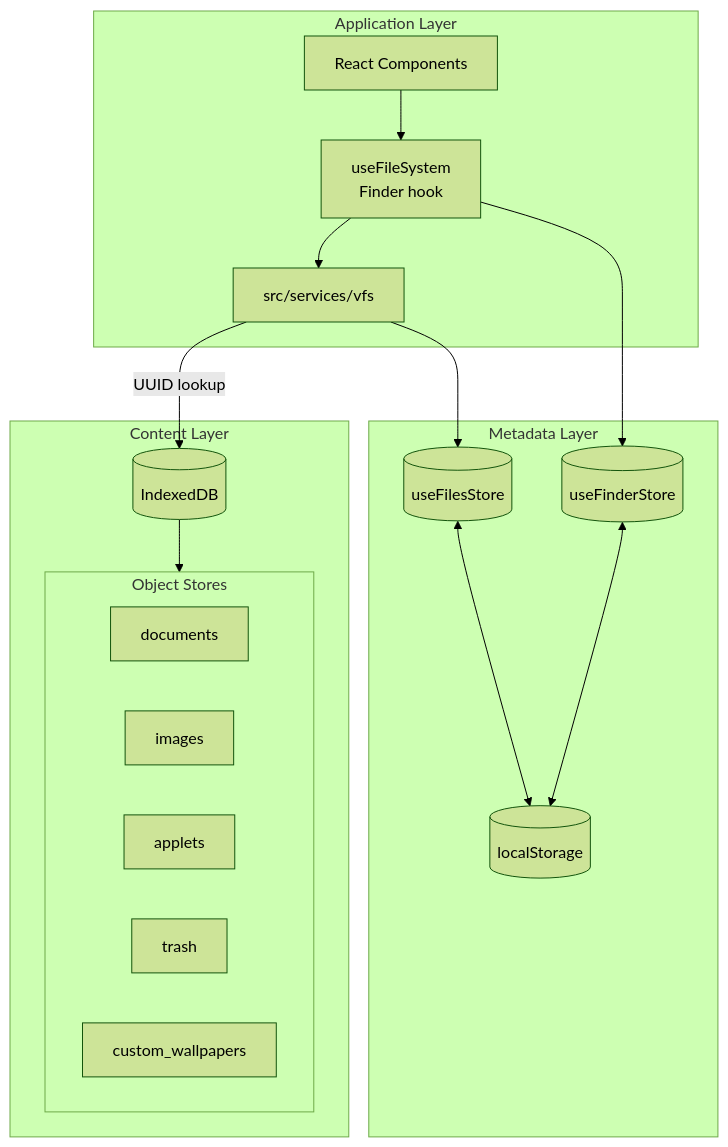
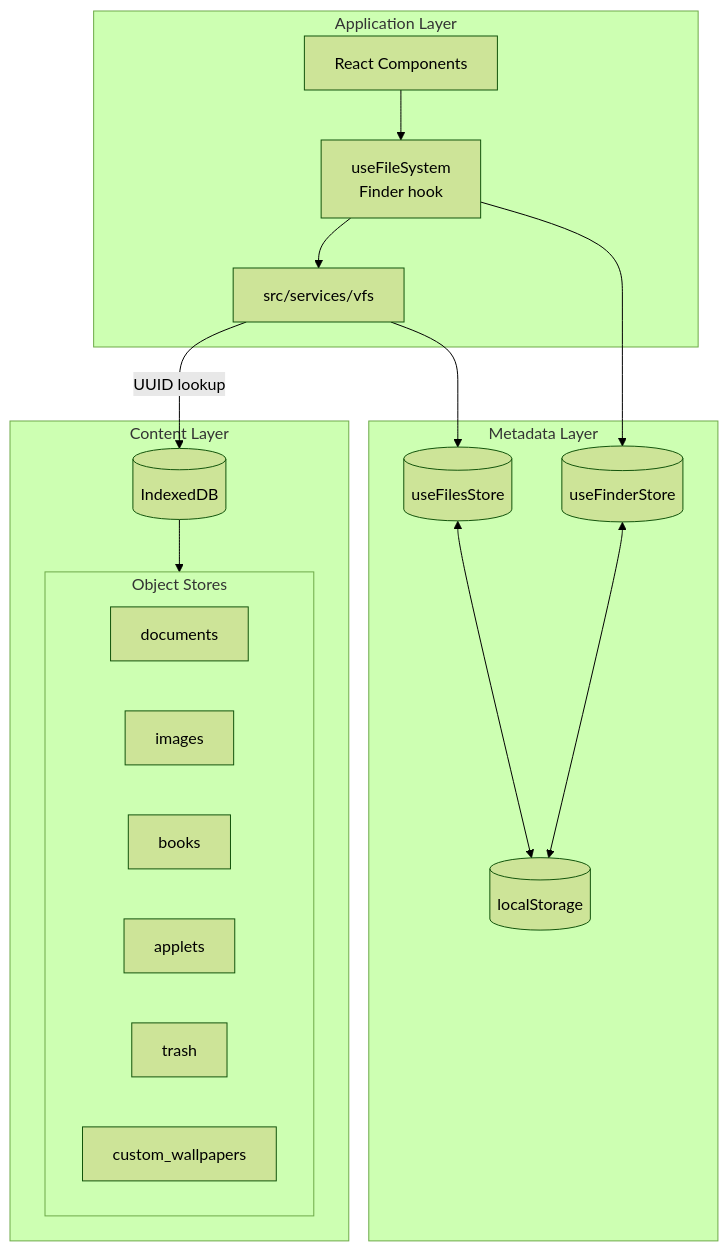
One commit to ryokun6/ryos changed the first of 2 diagrams in docs/5-file-system.md. Above: the diagram before and after it, drawn with Mermaid (forest theme). The commit also changed other lines of this file and 19 other files, not shown here.

````diff
--- a/docs/5-file-system.md
+++ b/docs/5-file-system.md
@@ -11,34 +11,35 @@
 ```mermaid
 graph TB
     subgraph Application["Application Layer"]
         App[React Components]
         Hook[useFileSystem<br/>Finder hook]
         Service[src/services/vfs]
     end
     
     subgraph Metadata["Metadata Layer"]
         FilesStore[(useFilesStore)]
         FinderStore[(useFinderStore)]
         LocalStorage[(localStorage)]
     end
     
     subgraph Content["Content Layer"]
         IDB[(IndexedDB)]
         subgraph Stores["Object Stores"]
             Docs[documents]
             Imgs[images]
+            Books[books]
             Apps[applets]
             Trash[trash]
             Wall[custom_wallpapers]
         end
     end
     
     App --> Hook
     Hook --> Service
     Service --> FilesStore
     Hook --> FinderStore
     FilesStore <--> LocalStorage
     FinderStore <--> LocalStorage
     Service -->|"UUID lookup"| IDB
     IDB --> Stores
 ```
````
